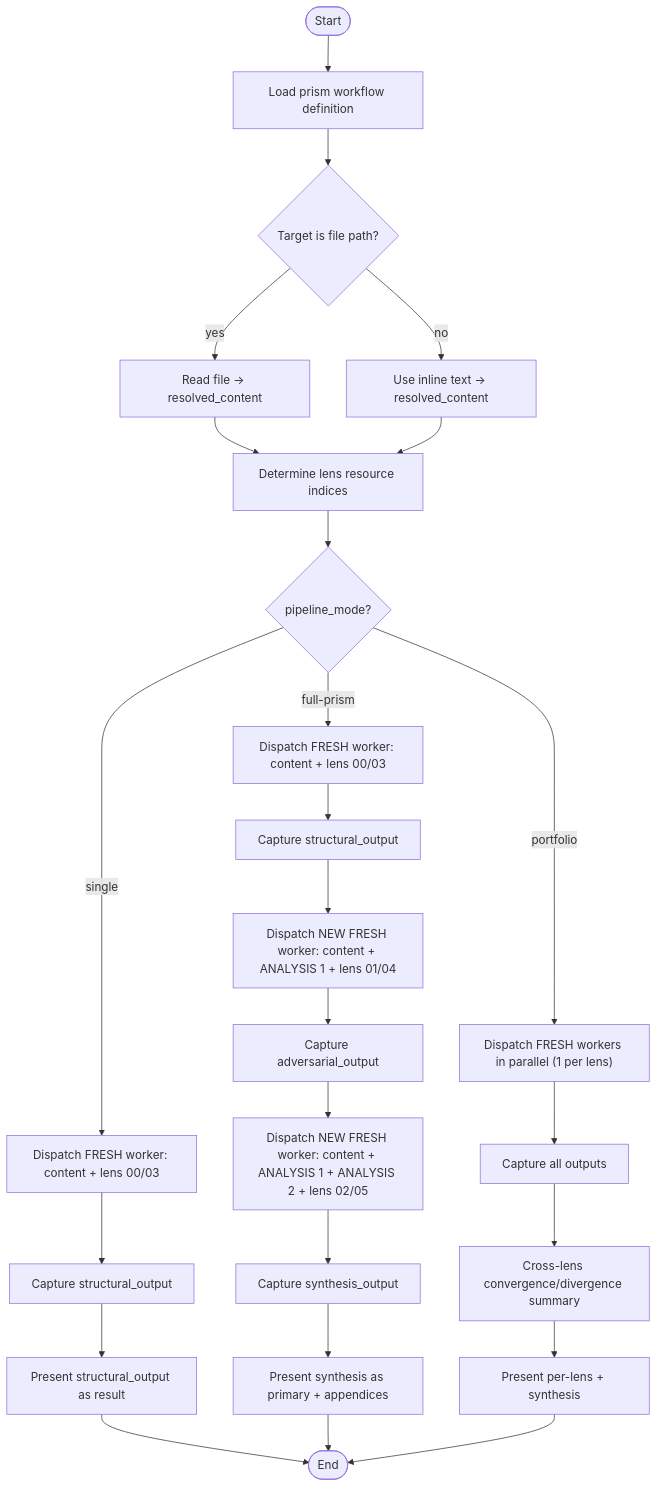
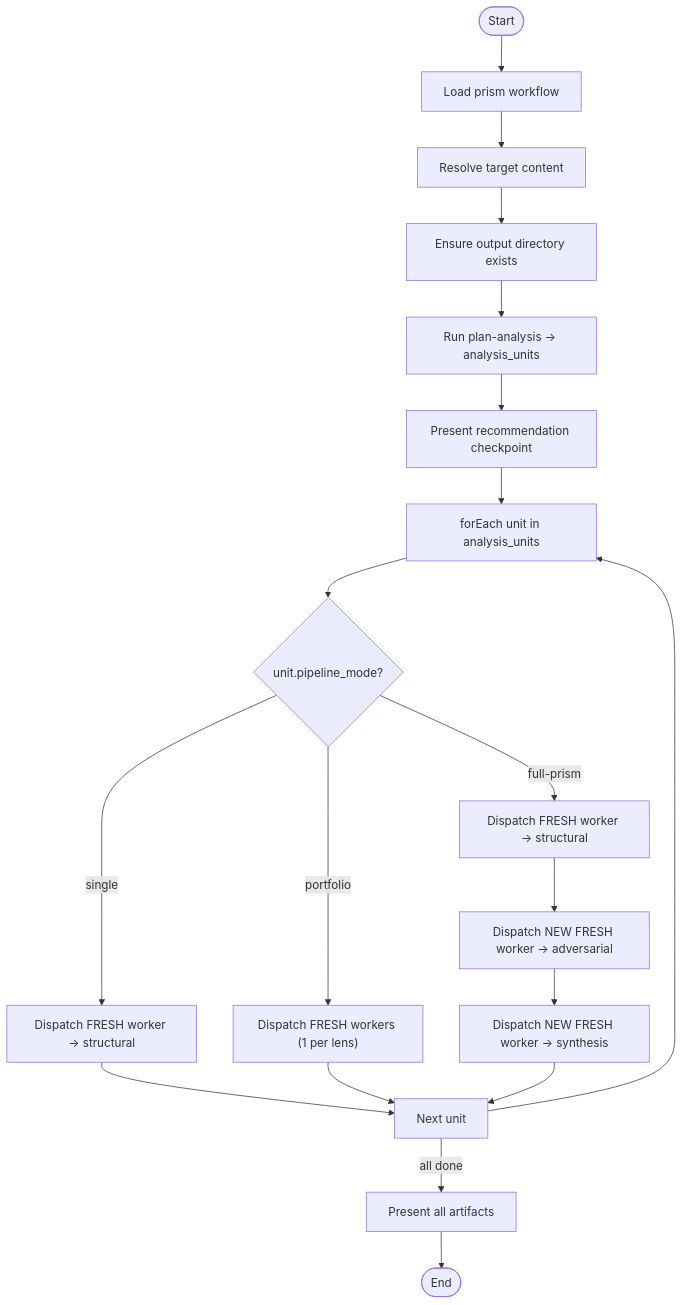
The fifth of 5 diagrams in prism/skills/README.md (m2ux/workflow-server), drawn with Mermaid before and after one commit. The commit also changed other lines of this file and 1 other file, not shown here.

First line of the commit message:
docs(prism): rewrite workflow and skills READMEs for current architecture

````diff
--- a/prism/skills/README.md
+++ b/prism/skills/README.md
@@ -220,30 +213,25 @@
 ```mermaid
 graph TD
-    startNode(["Start"]) --> loadWorkflow["Load prism workflow definition"]
-    loadWorkflow --> resolveTarget{"Target is file path?"}
-    resolveTarget -->|"yes"| readFile["Read file → resolved_content"]
-    resolveTarget -->|"no"| useInline["Use inline text → resolved_content"]
-    readFile --> determineLens["Determine lens resource indices"]
-    useInline --> determineLens
-    determineLens --> checkMode{"pipeline_mode?"}
+    startNode(["Start"]) --> loadWorkflow["Load prism workflow"]
+    loadWorkflow --> resolveTarget["Resolve target content"]
+    resolveTarget --> ensureDir["Ensure output directory exists"]
+    ensureDir --> runPlan["Run plan-analysis → analysis_units"]
+    runPlan --> checkpoint["Present recommendation checkpoint"]
+    checkpoint --> loop["forEach unit in analysis_units"]
 
-    checkMode -->|"single"| dispatchStructural["Dispatch FRESH worker: content + lens 00/03"]
-    dispatchStructural --> captureStructural["Capture structural_output"]
-    captureStructural --> presentSingle["Present structural_output as result"]
-    presentSingle --> endNode(["End"])
+    loop --> checkUnitMode{"unit.pipeline_mode?"}
+    checkUnitMode -->|"single"| dispatchSingle["Dispatch FRESH worker → structural"]
+    checkUnitMode -->|"full-prism"| dispatchStruct["Dispatch FRESH worker → structural"]
+    checkUnitMode -->|"portfolio"| dispatchPortfolio["Dispatch FRESH workers (1 per lens)"]
 
-    checkMode -->|"full-prism"| dispatchStructural2["Dispatch FRESH worker: content + lens 00/03"]
-    dispatchStructural2 --> captureStructural2["Capture structural_output"]
-    captureStructural2 --> dispatchAdversarial["Dispatch NEW FRESH worker: content + ANALYSIS 1 + lens 01/04"]
-    dispatchAdversarial --> captureAdversarial["Capture adversarial_output"]
-    captureAdversarial --> dispatchSynthesis["Dispatch NEW FRESH worker: content + ANALYSIS 1 + ANALYSIS 2 + lens 02/05"]
-    dispatchSynthesis --> captureSynthesis["Capture synthesis_output"]
-    captureSynthesis --> presentPrism["Present synthesis as primary + appendices"]
-    presentPrism --> endNode
+    dispatchSingle --> nextUnit["Next unit"]
+    dispatchPortfolio --> nextUnit
 
-    checkMode -->|"portfolio"| dispatchParallel["Dispatch FRESH workers in parallel (1 per lens)"]
-    dispatchParallel --> captureAll["Capture all outputs"]
-    captureAll --> crossSynth["Cross-lens convergence/divergence summary"]
-    crossSynth --> presentPortfolio["Present per-lens + synthesis"]
-    presentPortfolio --> endNode
+    dispatchStruct --> dispatchAdv["Dispatch NEW FRESH worker → adversarial"]
+    dispatchAdv --> dispatchSynth["Dispatch NEW FRESH worker → synthesis"]
+    dispatchSynth --> nextUnit
+
+    nextUnit --> loop
+    nextUnit -->|"all done"| presentAll["Present all artifacts"]
+    presentAll --> endNode(["End"])
 ```
````
